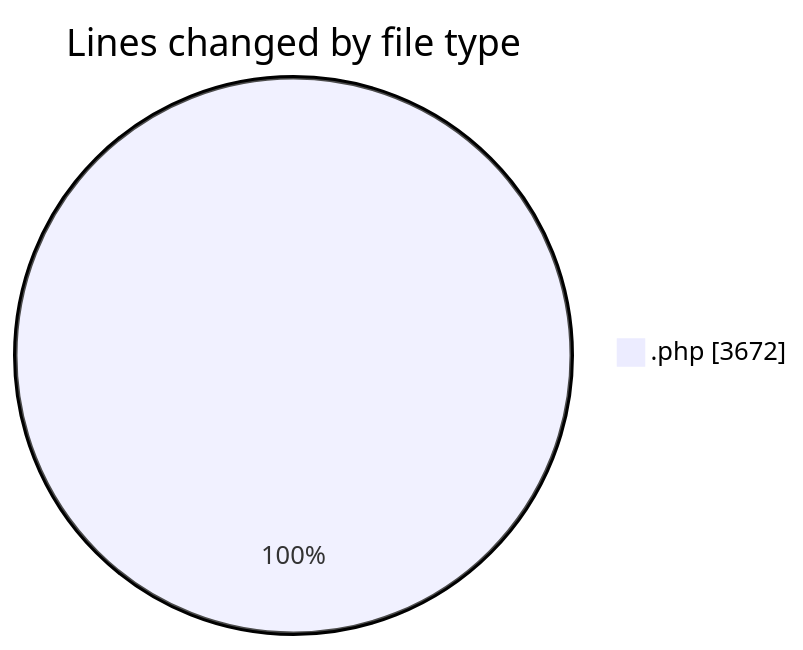
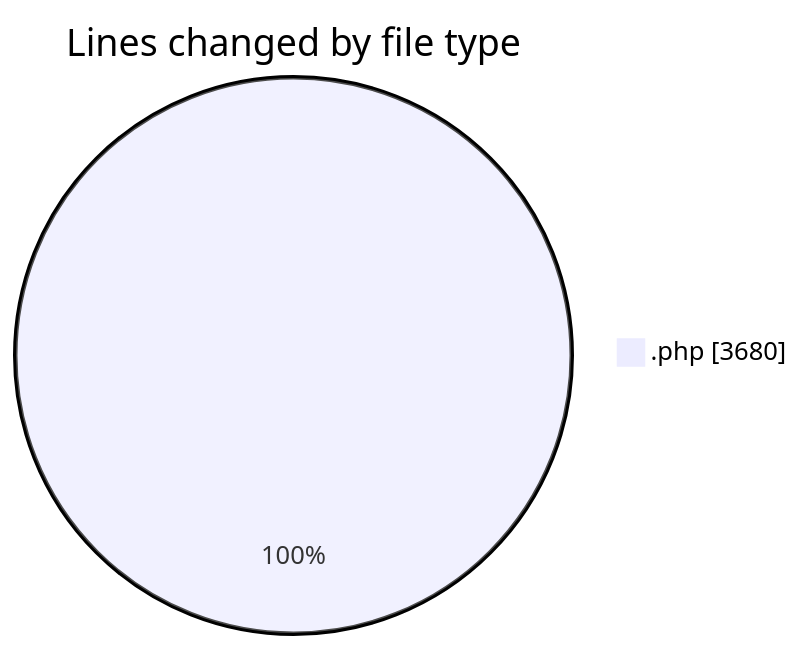
The first of 2 diagrams in 2026-08-05/untitled__workspace_/README.md (debugP/code-tracking), drawn with Mermaid before and after one commit. The commit also changed other lines of this file and 1 other file, not shown here.

````diff
--- a/2026-08-05/untitled__workspace_/README.md
+++ b/2026-08-05/untitled__workspace_/README.md
@@ -21,5 +21,5 @@
 ```mermaid
 pie showData
 title Lines changed by file type
-".php" : 3672
+".php" : 3680
 ```
````
